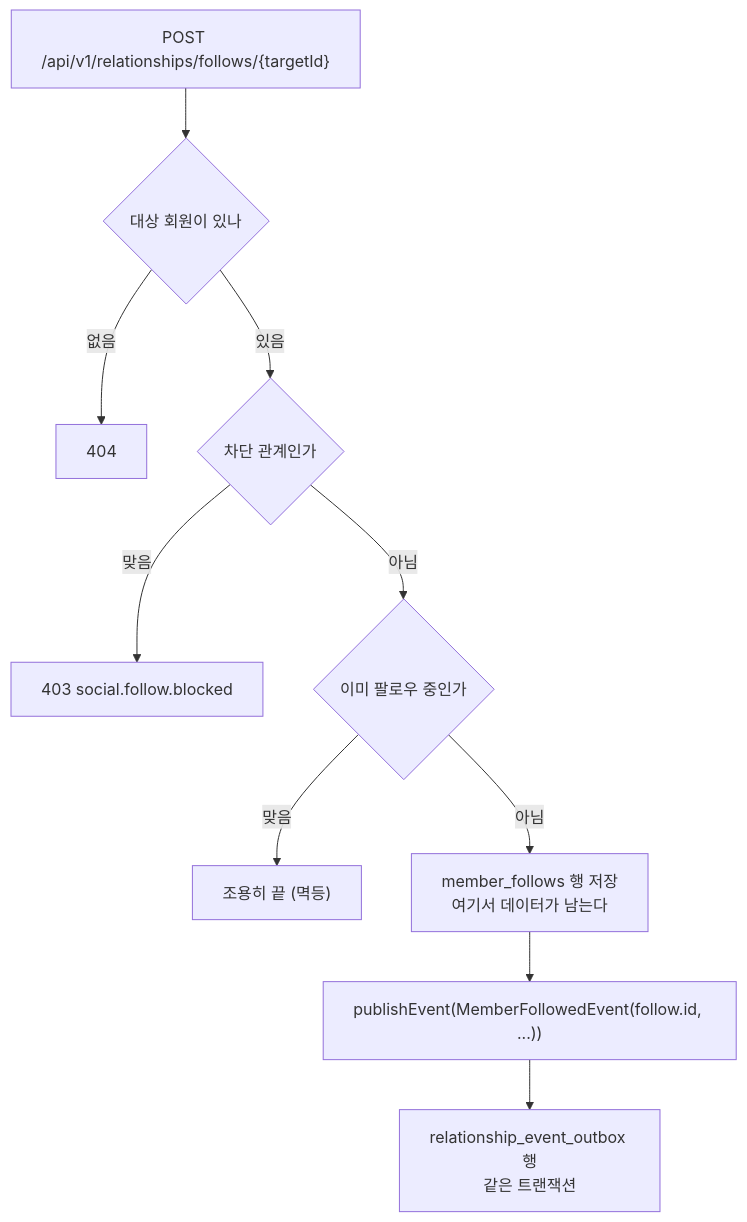
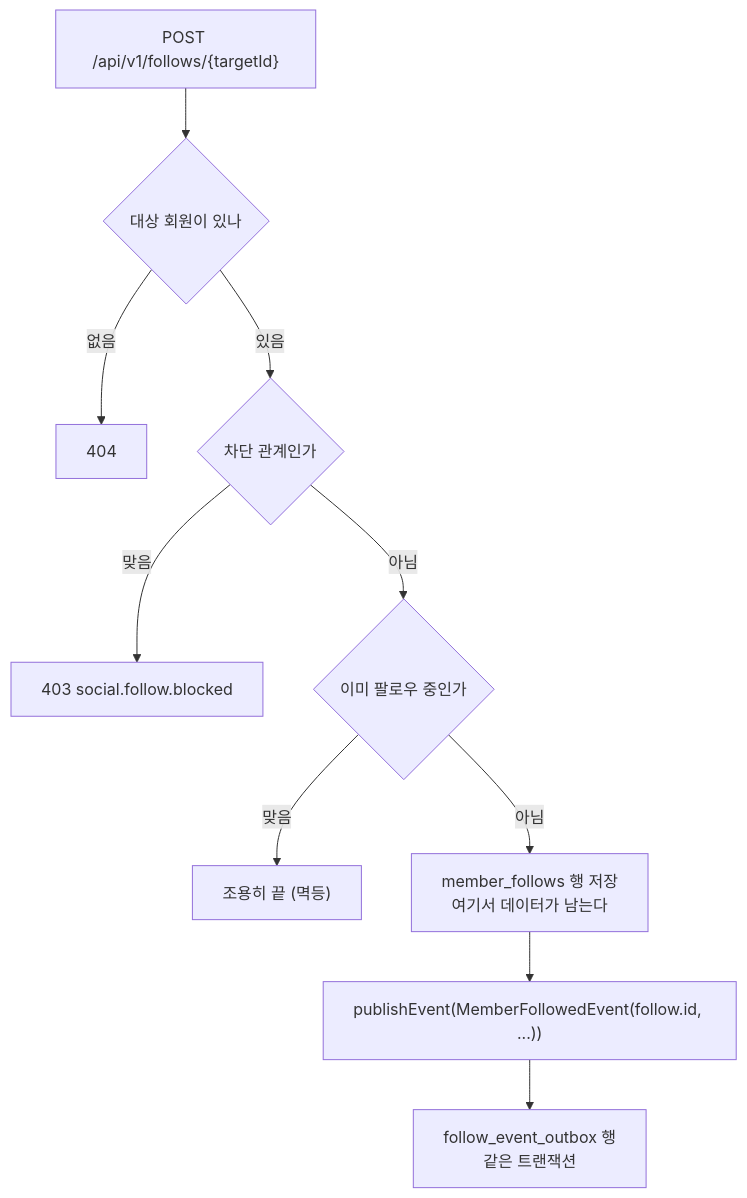
The fourth of 15 diagrams in ARCHITECTURE.md (rvlwldev/langlez-backend), drawn with Mermaid before and after one commit. The commit also changed other lines of this file and 161 other files, not shown here.

First line of the commit message:
refactor(relationship): relationship 을 follow / block / report 세 모듈로 분리한다 (#37)

````diff
--- a/ARCHITECTURE.md
+++ b/ARCHITECTURE.md
@@ -163,12 +168,12 @@
 ```mermaid
 flowchart TD
-    A["POST /api/v1/relationships/follows/{targetId}"] --> B{"대상 회원이 있나"}
+    A["POST /api/v1/follows/{targetId}"] --> B{"대상 회원이 있나"}
     B -- 없음 --> B1["404"]
     B -- 있음 --> C{"차단 관계인가"}
     C -- 맞음 --> C1["403 social.follow.blocked"]
     C -- 아님 --> D{"이미 팔로우 중인가"}
     D -- 맞음 --> D1["조용히 끝 (멱등)"]
     D -- 아님 --> E["member_follows 행 저장<br/>여기서 데이터가 남는다"]
     E --> F["publishEvent(MemberFollowedEvent(follow.id, ...))"]
-    F --> G["relationship_event_outbox 행<br/>같은 트랜잭션"]
+    F --> G["follow_event_outbox 행<br/>같은 트랜잭션"]
 ```
````
